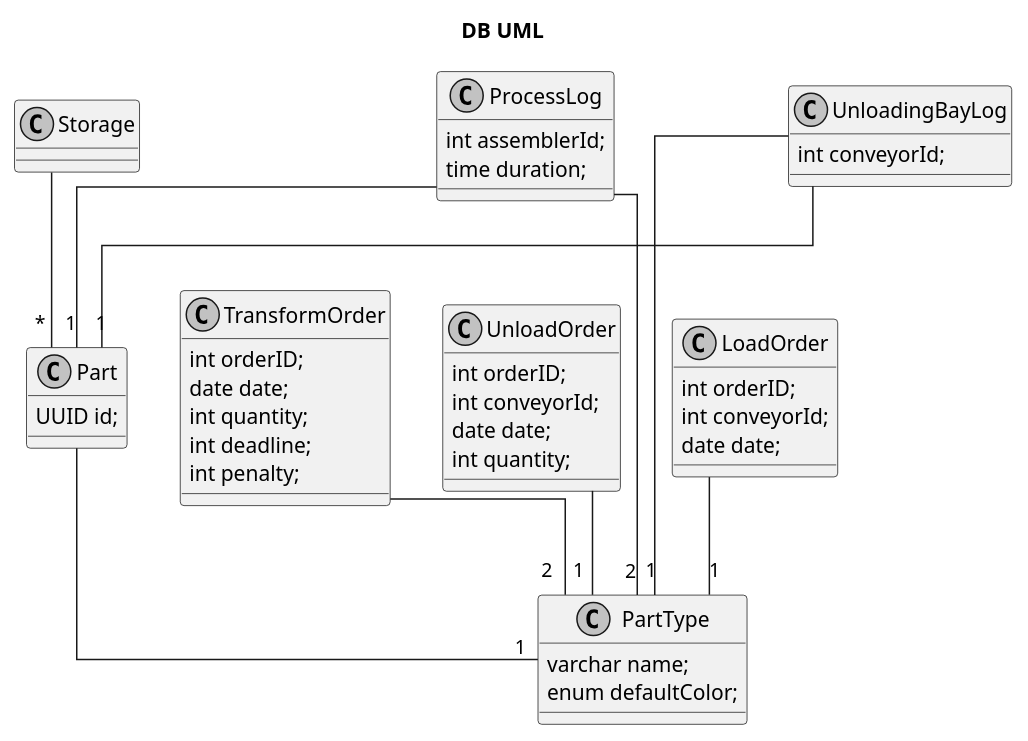
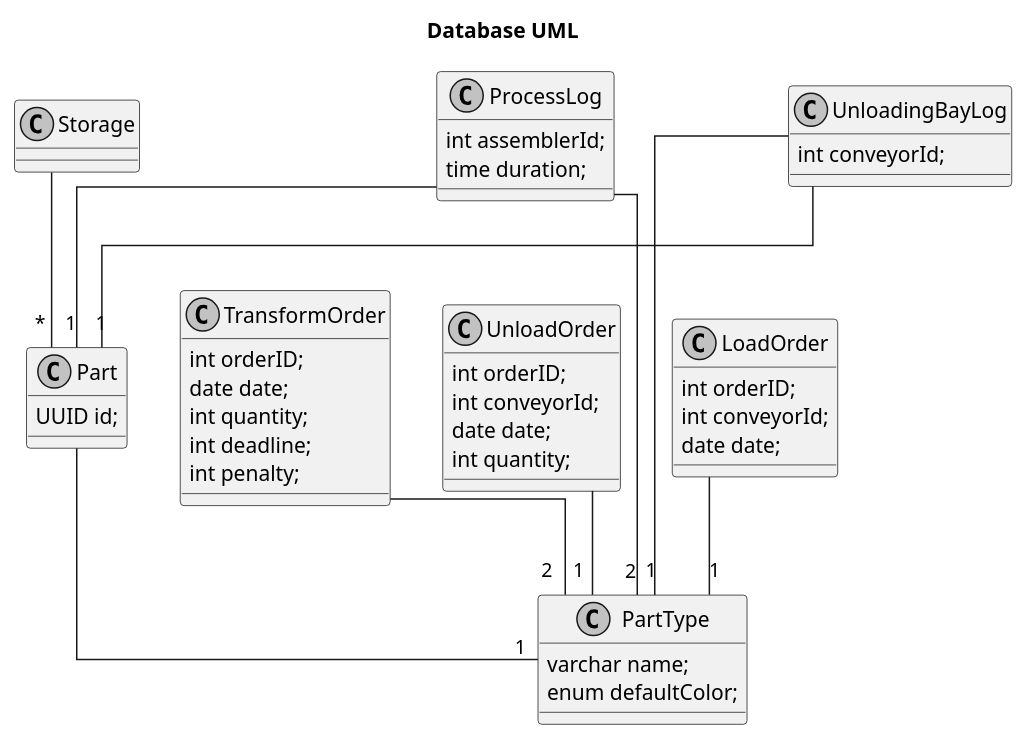
Before and after one commit to avrocha/plant-floor-control: the diagram in docs/classes_uml/db.puml, drawn with PlantUML. The commit also changed 35 other files, not shown here.

Commit message:
UML: Added titles, organized images and created generation script

```diff
--- a/docs/classes_uml/db.puml
+++ b/docs/classes_uml/db.puml
@@ -1,66 +1,66 @@
 @startuml
 skinparam linetype ortho
 skinparam Monochrome true
 
-title DB UML
+title Database UML
 
 class Storage{
     
 }
 
 Storage --"*" Part
 
 class Part{
 	UUID id;
 }
 
 Part --"1" PartType
 
 class PartType {
   varchar name;
   enum defaultColor;
 }
 
 class TransformOrder{
   int orderID;
   date date;
   int quantity;
   int deadline;
   int penalty;
 }
 
 TransformOrder --"2" PartType
 
 class UnloadOrder{
   int orderID;
 	int conveyorId;
   date date;
   int quantity;
 }
 
 UnloadOrder --"1" PartType
 
 class LoadOrder{
   int orderID;
 	int conveyorId;
   date date;
 }
 
 LoadOrder --"1" PartType
 
 class ProcessLog{
 	int assemblerId;
 	time duration;
 }
 
 ProcessLog --"1" Part
 ProcessLog --"2" PartType
 
 class UnloadingBayLog{
 	int conveyorId;
 }
 
 UnloadingBayLog --"1" Part
 UnloadingBayLog --"1" PartType
 
 @enduml
```
